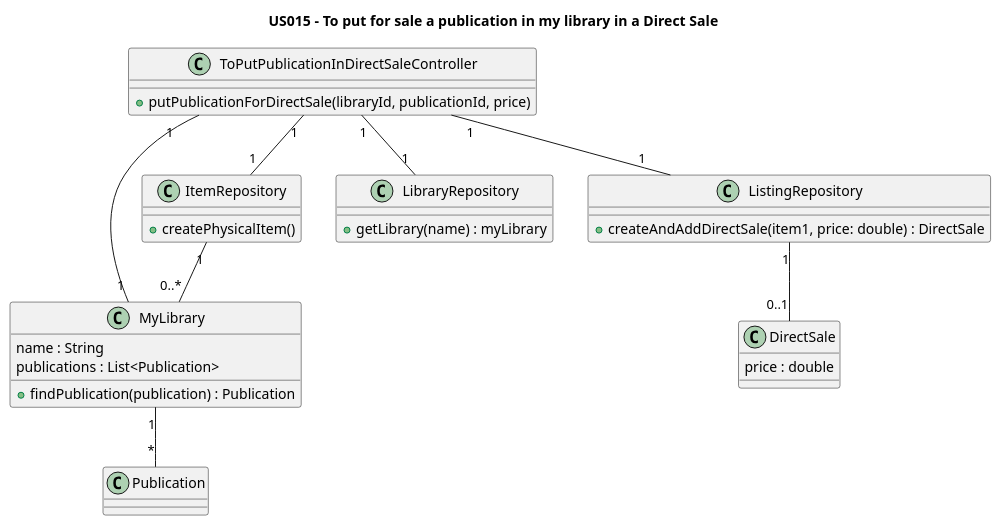
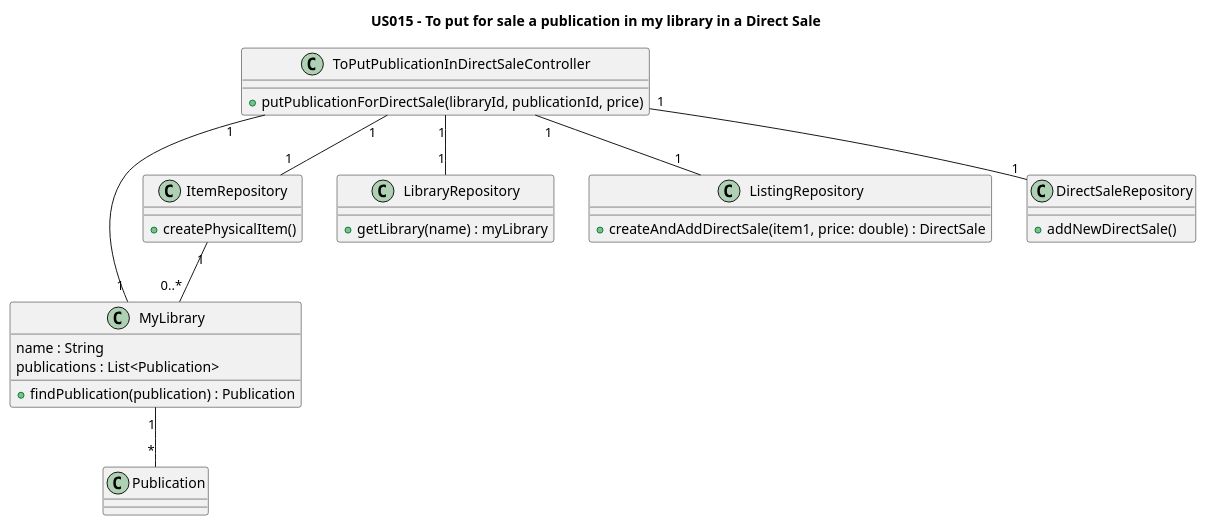
Before and after one commit to AndrePereiraGitH/SWitCH-Project-Team_A: the diagram in Diagrams/ClassDiagrams/US015-To-put-for-sale-a-publication-in-my-library-in-a-Direct-Sale.puml, drawn with PlantUML. The commit also changed 1 other file, not shown here.

```diff
--- a/Diagrams/ClassDiagrams/US015-To-put-for-sale-a-publication-in-my-library-in-a-Direct-Sale.puml
+++ b/Diagrams/ClassDiagrams/US015-To-put-for-sale-a-publication-in-my-library-in-a-Direct-Sale.puml
@@ -1,44 +1,43 @@
 @startuml
 title US015 – To put for sale a publication in my library in a Direct Sale
 
 class MyLibrary {
   name : String
   publications : List<Publication>
   + findPublication(publication) : Publication
 }
 
 class ItemRepository {
   + createPhysicalItem()
-}
-
-class DirectSale {
-  price : double
 }
 
 class LibraryRepository {
   + getLibrary(name) : myLibrary
 }
 
 class ListingRepository {
   + createAndAddDirectSale(item1, price: double) : DirectSale
 }
 
 class ToPutPublicationInDirectSaleController {
   + putPublicationForDirectSale(libraryId, publicationId, price)
 }
 
 class Publication {
 
 }
 
+class DirectSaleRepository {
+  + addNewDirectSale()
+}
+
 ToPutPublicationInDirectSaleController "1" -- "1" MyLibrary
 MyLibrary "1" -- "*" Publication
-ListingRepository "1" -- "0..1" DirectSale
 
 ItemRepository "1" -- "0..*" MyLibrary
 
 ToPutPublicationInDirectSaleController "1" -- "1" LibraryRepository
 ToPutPublicationInDirectSaleController "1" -- "1" ListingRepository
 ToPutPublicationInDirectSaleController "1" -- "1" ItemRepository
-
+ToPutPublicationInDirectSaleController "1" -- "1" DirectSaleRepository
 @enduml
```
